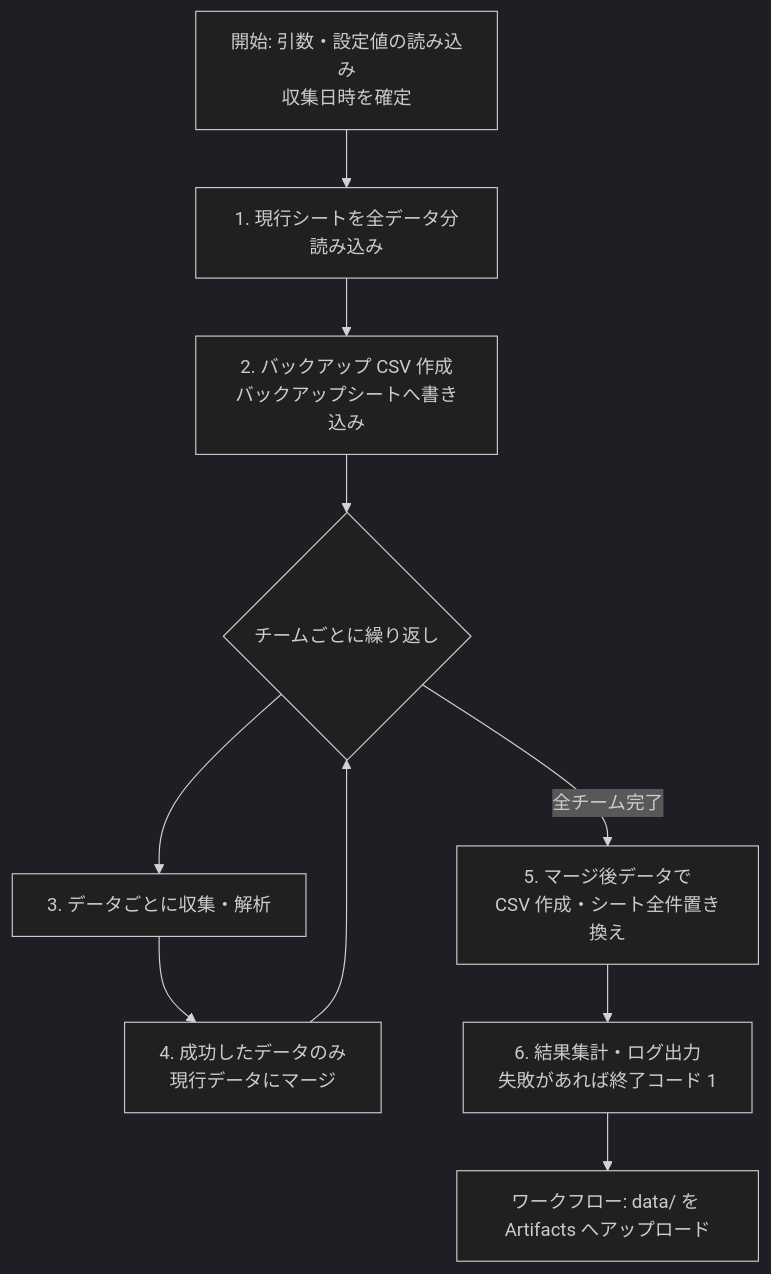
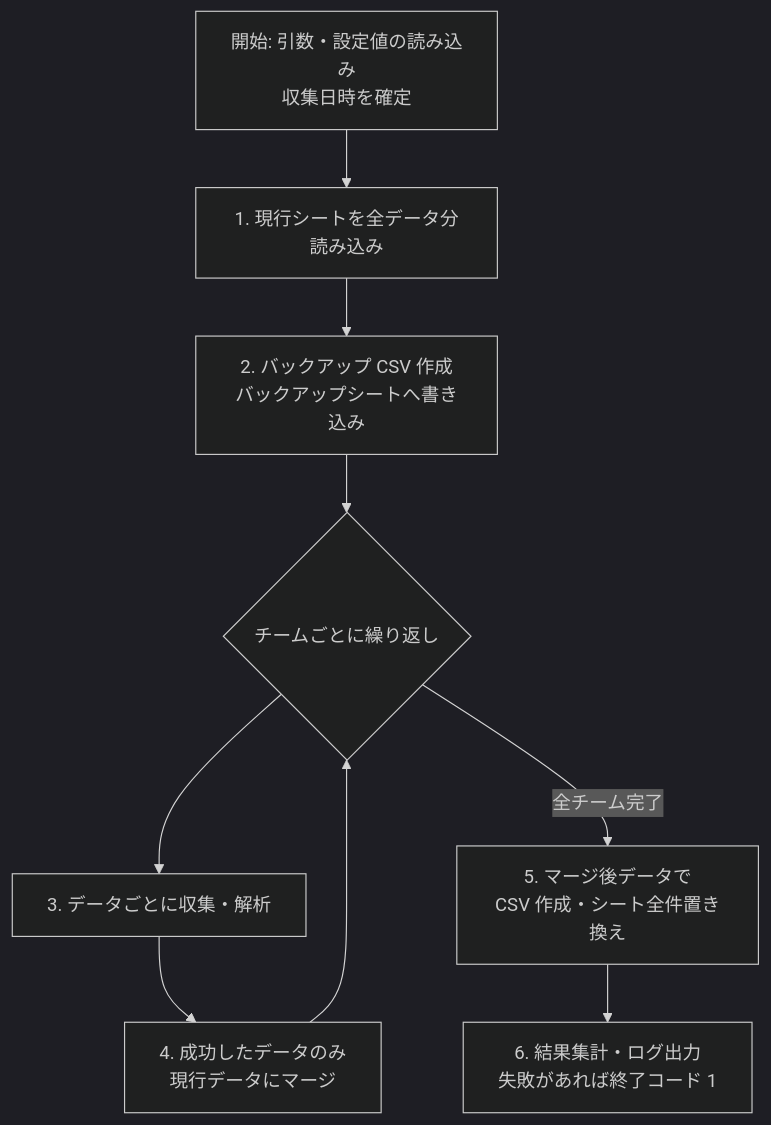
One commit to nekihcom/baseball-analysis changed the first of 2 diagrams in docs/functional_design.md. Above: the diagram before and after it, drawn with Mermaid (dark theme). The commit also changed other lines of this file and 3 other files, not shown here.

````diff
--- a/docs/functional_design.md
+++ b/docs/functional_design.md
@@ -77,12 +76,11 @@
 ```mermaid
 flowchart TD
     A[開始: 引数・設定値の読み込み<br>収集日時を確定] --> B[1. 現行シートを全データ分読み込み]
     B --> C[2. バックアップ CSV 作成<br>バックアップシートへ書き込み]
     C --> D{チームごとに繰り返し}
     D --> E[3. データごとに収集・解析]
     E --> F[4. 成功したデータのみ<br>現行データにマージ]
     F --> D
     D -->|全チーム完了| G[5. マージ後データで<br>CSV 作成・シート全件置き換え]
     G --> H[6. 結果集計・ログ出力<br>失敗があれば終了コード 1]
-    H --> I[ワークフロー: data/ を Artifacts へアップロード]
 ```
````
